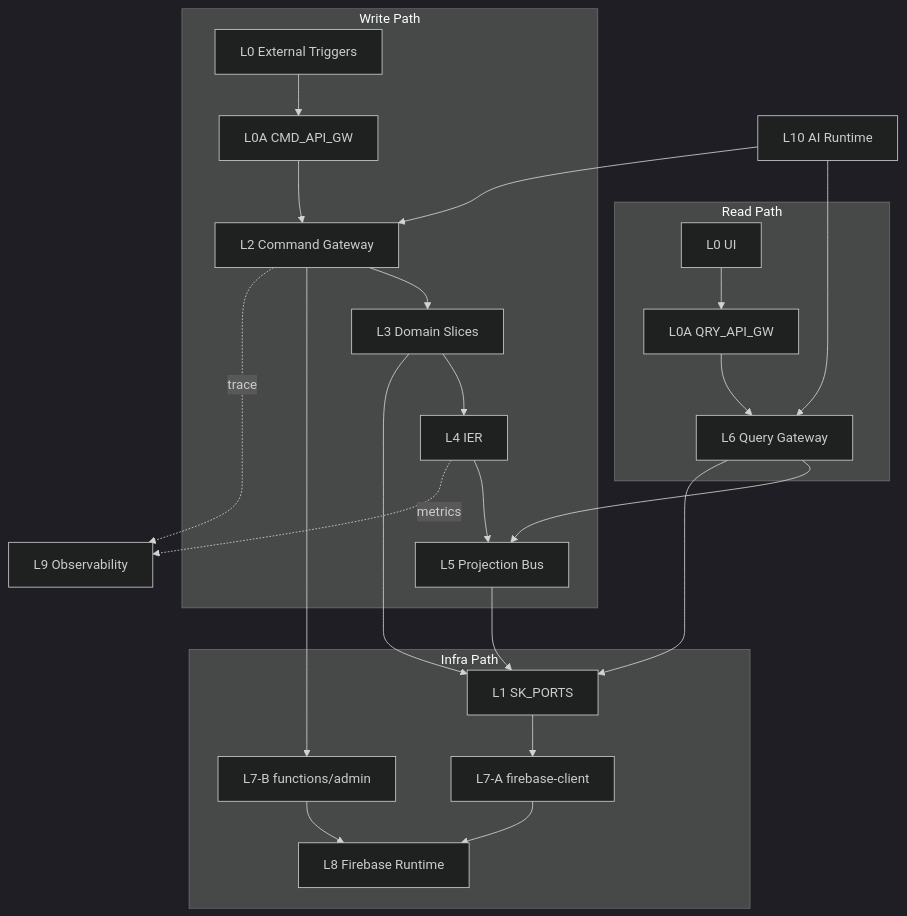
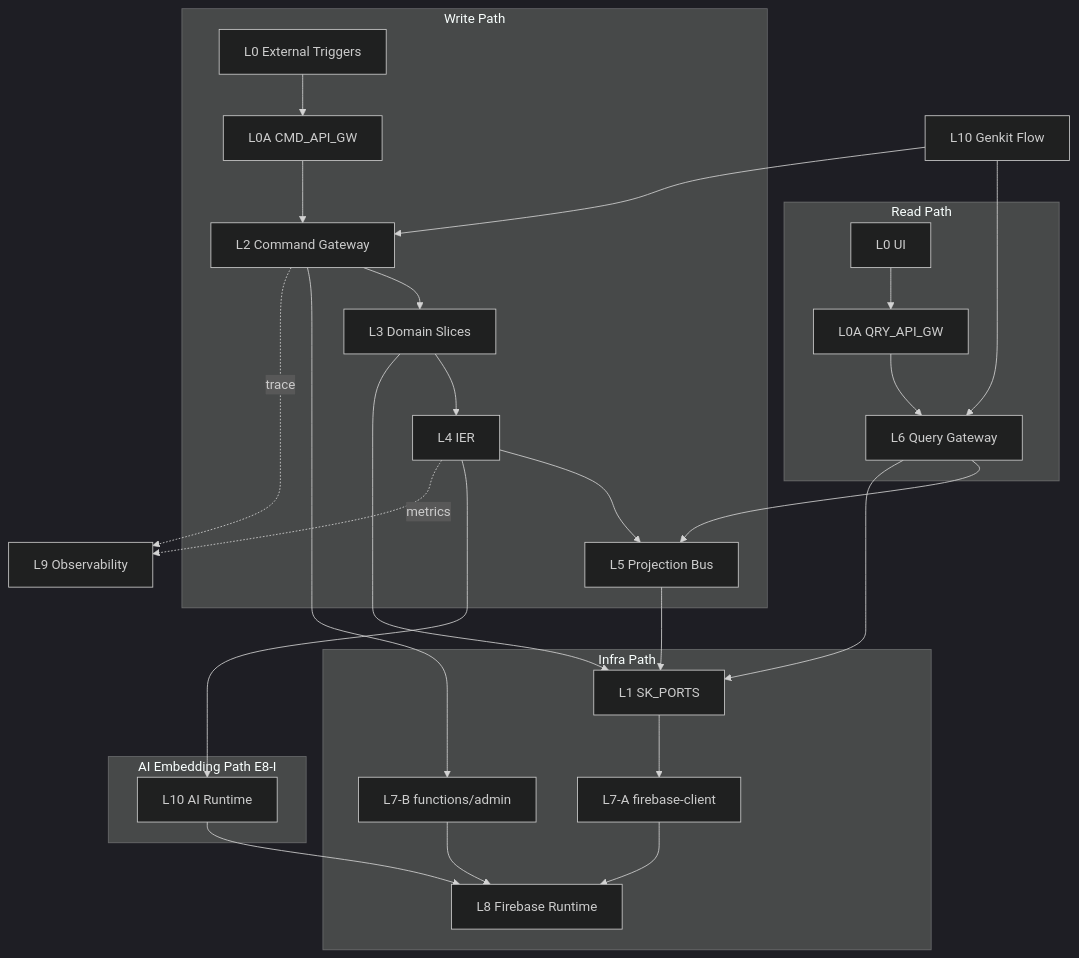
The third of 3 diagrams in docs/architecture/01-logical-flow.md (7Spade/Xuanwu), drawn with Mermaid (dark theme) before and after one commit. The commit also changed other lines of this file and 3 other files, not shown here.

Commit message:
docs(arch): replace plain code blocks with Mermaid sequenceDiagram/flowchart in all 4 arch docs

````diff
--- a/docs/architecture/01-logical-flow.md
+++ b/docs/architecture/01-logical-flow.md
@@ -143,31 +196,36 @@
 ```mermaid
 flowchart TD
-  subgraph WritePath[Write Path]
-    EXT[L0 External Triggers] --> CMD[L0A CMD_API_GW]
-    CMD --> CBG[L2 Command Gateway]
-    CBG --> DOM[L3 Domain Slices]
-    DOM --> IER[L4 IER]
-    IER --> PB[L5 Projection Bus]
-  end
+    subgraph WritePath[Write Path]
+        EXT[L0 External Triggers] --> CMD[L0A CMD_API_GW]
+        CMD --> CBG[L2 Command Gateway]
+        CBG --> DOM[L3 Domain Slices]
+        DOM --> IER[L4 IER]
+        IER --> PB[L5 Projection Bus]
+    end
 
-  subgraph ReadPath[Read Path]
-    UI[L0 UI] --> QRY[L0A QRY_API_GW]
-    QRY --> QG[L6 Query Gateway]
-    QG --> PB
-  end
+    subgraph ReadPath[Read Path]
+        UI[L0 UI] --> QRY[L0A QRY_API_GW]
+        QRY --> QG[L6 Query Gateway]
+        QG --> PB
+    end
 
-  subgraph InfraPath[Infra Path]
-    DOM --> PORTS[L1 SK_PORTS]
-    PB --> PORTS
-    QG --> PORTS
-    PORTS --> A[L7-A firebase-client]
-    CBG --> B[L7-B functions/admin]
-    A --> L8[L8 Firebase Runtime]
-    B --> L8
-  end
+    subgraph InfraPath[Infra Path]
+        DOM --> PORTS[L1 SK_PORTS]
+        PB --> PORTS
+        QG --> PORTS
+        PORTS --> FA[L7-A firebase-client]
+        CBG --> FB[L7-B functions/admin]
+        FA --> L8[L8 Firebase Runtime]
+        FB --> L8
+    end
 
-  L10[L10 AI Runtime] --> CBG
-  L10 --> QG
-  IER -. metrics .-> L9[L9 Observability]
-  CBG -. trace .-> L9
+    subgraph AIPath[AI Embedding Path E8-I]
+        IER --> AI[L10 AI Runtime]
+        AI --> L8
+    end
+
+    L10x[L10 Genkit Flow] --> CBG
+    L10x --> QG
+    IER -. metrics .-> L9[L9 Observability]
+    CBG -. trace .-> L9
 ```
````
